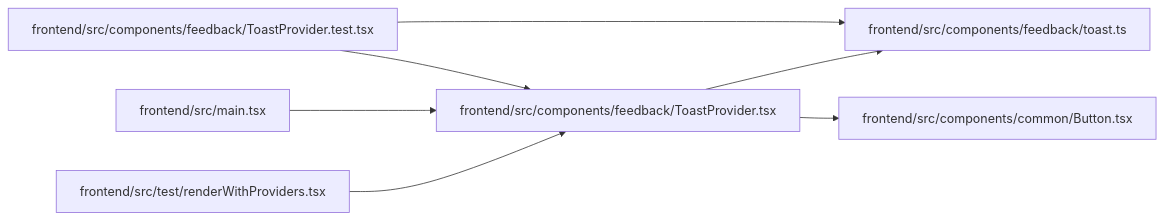
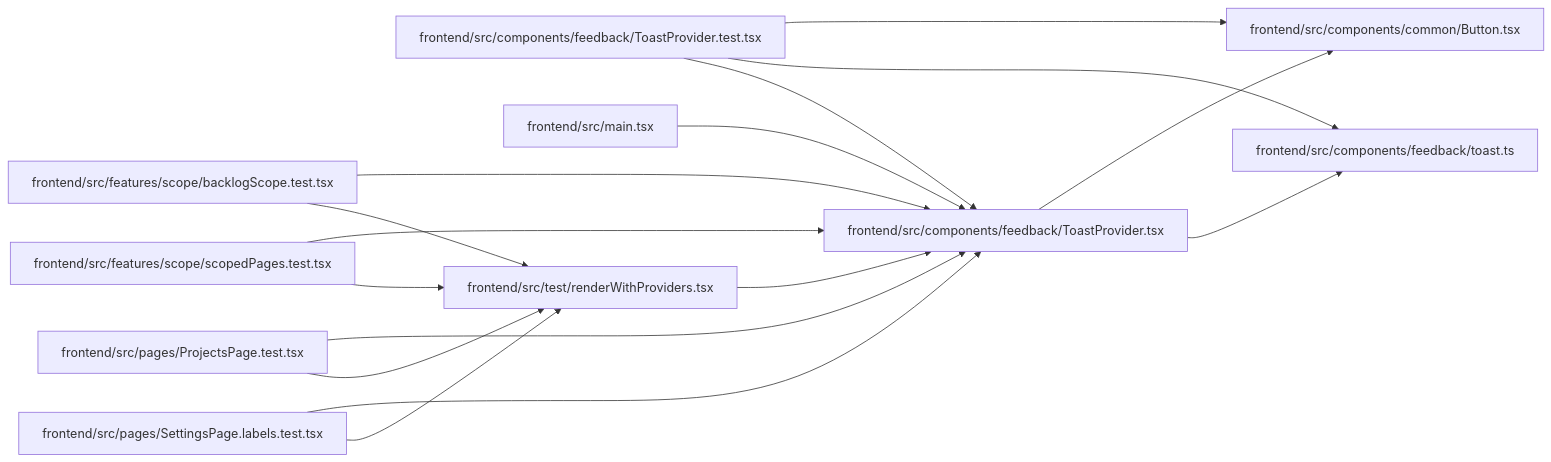
One commit to Denissvgn/WorkChord changed the diagram in docs/llm_wiki/modules/ToastProvider.md. Above: the diagram before and after it, drawn with Mermaid. The commit also changed other lines of this file and 2373 other files, not shown here.

````diff
--- a/docs/llm_wiki/modules/ToastProvider.md
+++ b/docs/llm_wiki/modules/ToastProvider.md
@@ -33,21 +33,38 @@
 ```mermaid
 flowchart LR
     n0["frontend/src/components/common/Button.tsx"]
     n1["frontend/src/components/feedback/toast.ts"]
     n2["frontend/src/components/feedback/ToastProvider.test.tsx"]
     n3["frontend/src/components/feedback/ToastProvider.tsx"]
-    n4["frontend/src/main.tsx"]
-    n5["frontend/src/test/renderWithProviders.tsx"]
+    n4["frontend/src/features/scope/backlogScope.test.tsx"]
+    n5["frontend/src/features/scope/scopedPages.test.tsx"]
+    n6["frontend/src/main.tsx"]
+    n7["frontend/src/pages/ProjectsPage.test.tsx"]
+    n8["frontend/src/pages/SettingsPage.labels.test.tsx"]
+    n9["frontend/src/test/renderWithProviders.tsx"]
+    n2 --> n0
     n2 --> n1
     n2 --> n3
     n3 --> n0
     n3 --> n1
     n4 --> n3
+    n4 --> n9
     n5 --> n3
+    n5 --> n9
+    n6 --> n3
+    n7 --> n3
+    n7 --> n9
+    n8 --> n3
+    n8 --> n9
+    n9 --> n3
     click n0 "../modules/Button.md"
     click n1 "../modules/toast.md"
     click n2 "../modules/ToastProvider.test.md"
     click n3 "../modules/ToastProvider.md"
-    click n4 "../modules/src_main.md"
-    click n5 "../modules/renderWithProviders.md"
+    click n4 "../modules/backlogScope.test.md"
+    click n5 "../modules/scopedPages.test.md"
+    click n6 "../modules/src_main.md"
+    click n7 "../modules/ProjectsPage.test.md"
+    click n8 "../modules/SettingsPage.labels.test.md"
+    click n9 "../modules/renderWithProviders.md"
 ```
````
